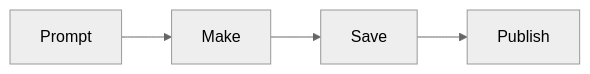
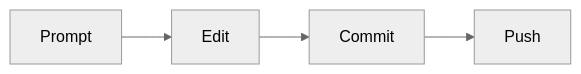
Before and after one commit to kaw393939/current-events: the diagram in notes/markdown-and-mermaid.md, drawn with Mermaid (neutral theme). The commit also changed other lines of this file and 9 other files, not shown here.

````diff
--- a/notes/markdown-and-mermaid.md
+++ b/notes/markdown-and-mermaid.md
@@ -19,4 +19,4 @@
 ```mermaid
 flowchart LR
-  Prompt --> Make --> Save --> Publish
+  Prompt --> Edit --> Commit --> Push
 ```
````
